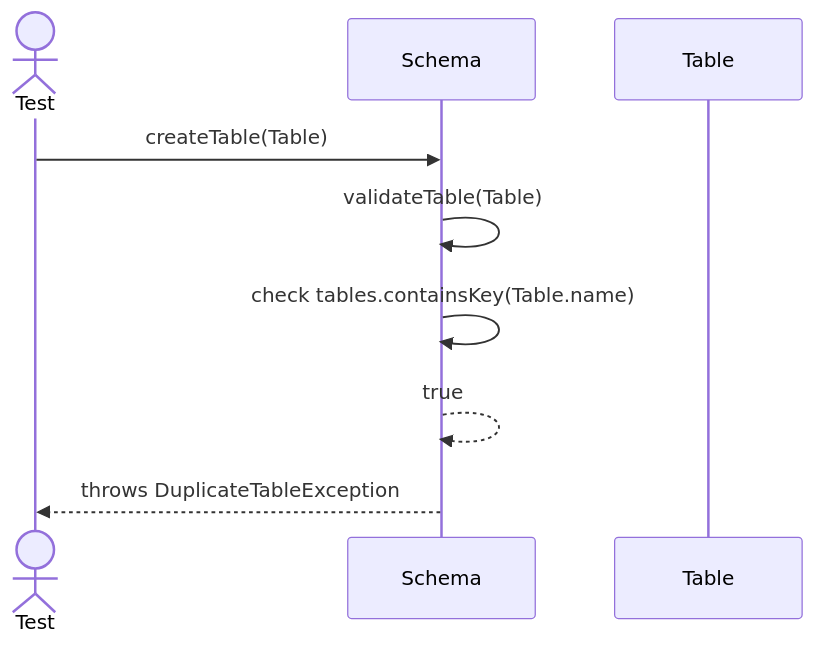
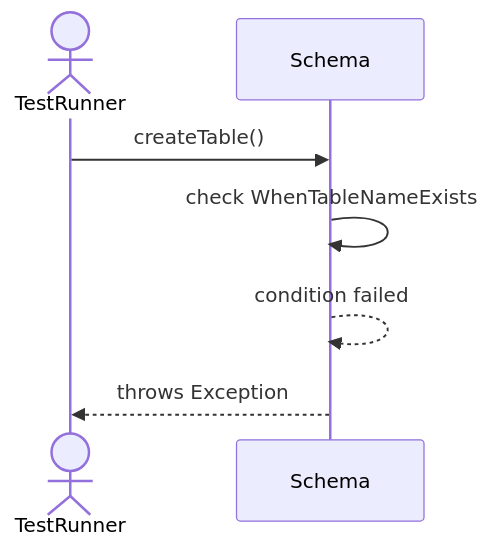
Before and after one commit to TamBui1706/DBMS: the third of 8 diagrams in Sequences/DatabaseObjectManagement/Schema.md, drawn with Mermaid. The commit also changed other lines of this file and 63 other files, not shown here.

Commit message:
Draw sequence diagram for unit tests

````diff
--- a/Sequences/DatabaseObjectManagement/Schema.md
+++ b/Sequences/DatabaseObjectManagement/Schema.md
@@ -43,12 +45,9 @@
 ```mermaid
 sequenceDiagram
-    actor Test
+    actor TestRunner
     participant Schema
-    participant Table
-
-    Test->>Schema: createTable(Table)
-    Schema->>Schema: validateTable(Table)
-    Schema->>Schema: check tables.containsKey(Table.name)
-    Schema-->>Schema: true
-    Schema-->>Test: throws DuplicateTableException
+    TestRunner->>Schema: createTable()
+    Schema->>Schema: check WhenTableNameExists
+    Schema-->>Schema: condition failed
+    Schema-->>TestRunner: throws Exception
 ```
````
